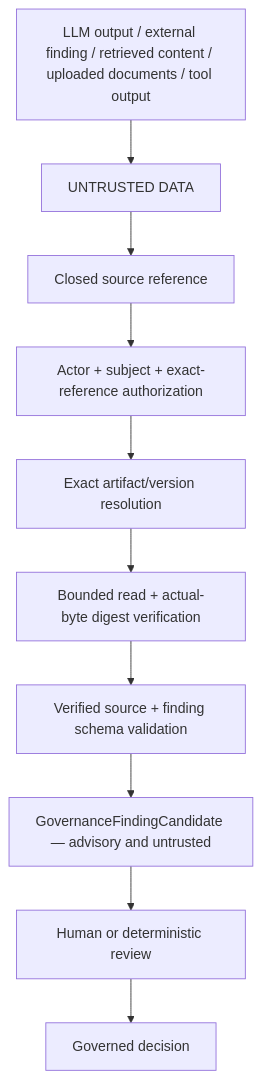
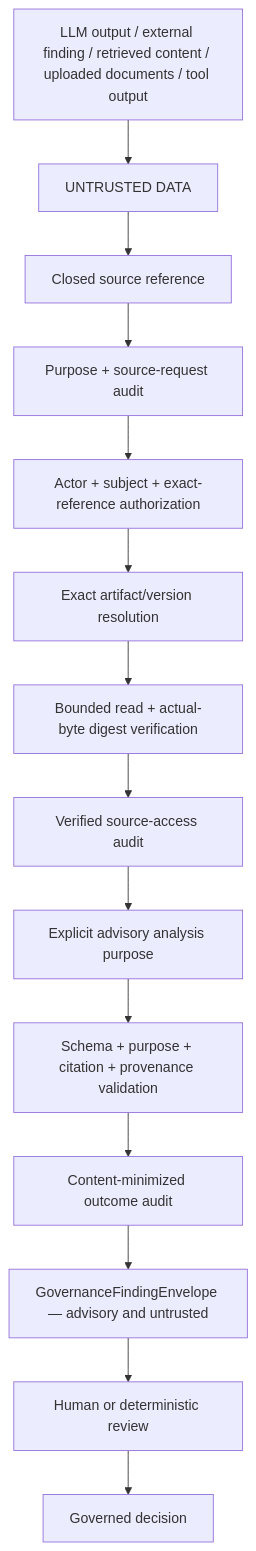
Before and after one commit to brunovicco/verifiable-ai-governance: the second of 2 diagrams in docs/architecture/TRUST_BOUNDARIES.md, drawn with Mermaid. The commit also changed other lines of this file and 15 other files, not shown here.

Commit message:
feat(governance): add governed advisory analysis orchestration (#113)

````diff
--- a/docs/architecture/TRUST_BOUNDARIES.md
+++ b/docs/architecture/TRUST_BOUNDARIES.md
@@ -116,13 +116,17 @@
 ```mermaid
 flowchart TD
   INPUT["LLM output / external finding / retrieved content / uploaded documents / tool output"]
   INPUT --> UNTRUSTED["UNTRUSTED DATA"]
   UNTRUSTED --> REFERENCE["Closed source reference"]
-  REFERENCE --> AUTHORIZE["Actor + subject + exact-reference authorization"]
+  REFERENCE --> REQUEST_AUDIT["Purpose + source-request audit"]
+  REQUEST_AUDIT --> AUTHORIZE["Actor + subject + exact-reference authorization"]
   AUTHORIZE --> RESOLVE["Exact artifact/version resolution"]
   RESOLVE --> VERIFY["Bounded read + actual-byte digest verification"]
-  VERIFY --> VALIDATE["Verified source + finding schema validation"]
-  VALIDATE --> CANDIDATE["GovernanceFindingCandidate — advisory and untrusted"]
+  VERIFY --> ACCESS_AUDIT["Verified source-access audit"]
+  ACCESS_AUDIT --> ANALYZE["Explicit advisory analysis purpose"]
+  ANALYZE --> VALIDATE["Schema + purpose + citation + provenance validation"]
+  VALIDATE --> OUTCOME_AUDIT["Content-minimized outcome audit"]
+  OUTCOME_AUDIT --> CANDIDATE["GovernanceFindingEnvelope — advisory and untrusted"]
   CANDIDATE --> REVIEW["Human or deterministic review"]
   REVIEW --> DECISION["Governed decision"]
 ```
````
